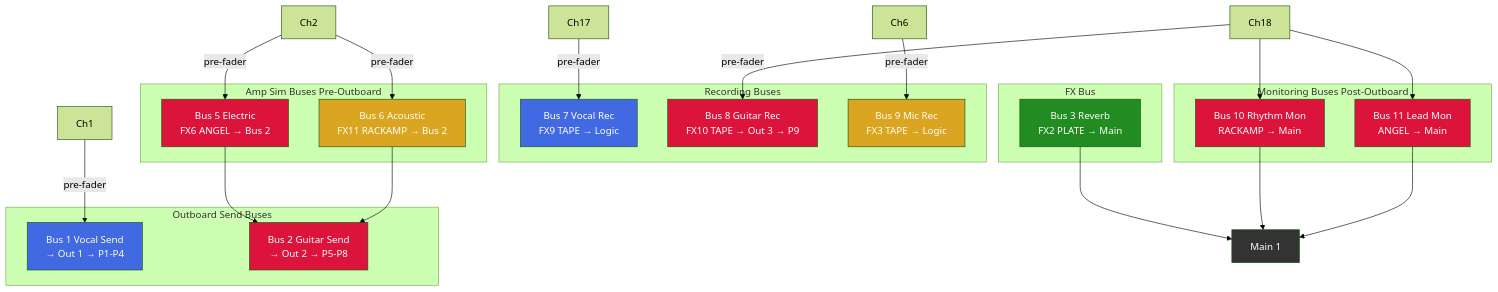
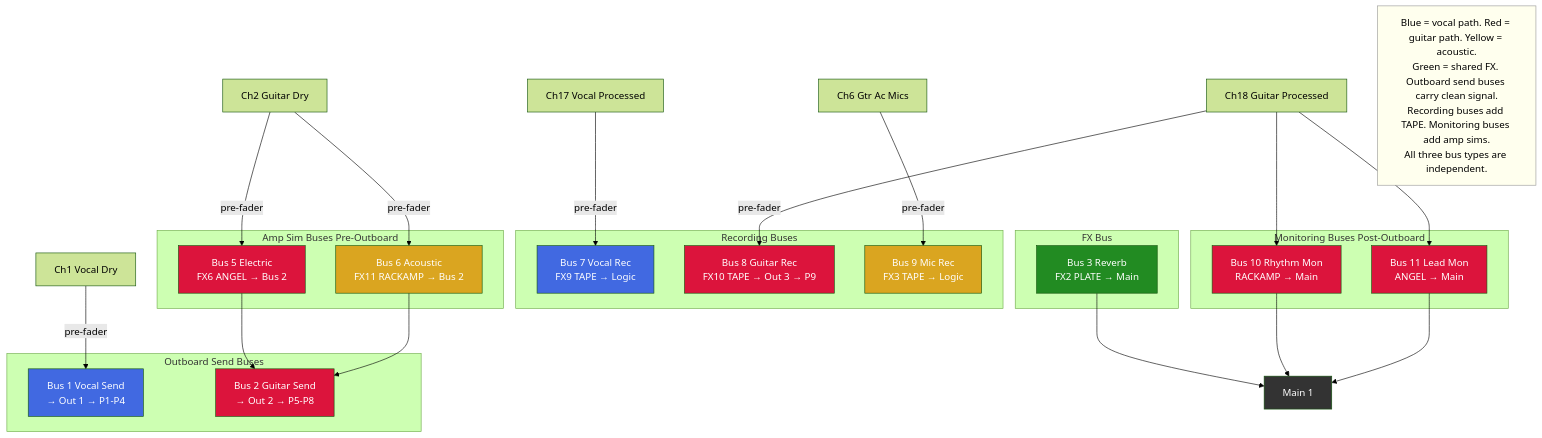
One commit to ldenman/studio-setup changed the seventh of 19 diagrams in docs/diagrams.md. Above: the diagram before and after it, drawn with Mermaid (forest theme). The commit also changed other lines of this file, not shown here.

First line of the commit message:
Add names to all bus/channel references, summary notes on every diagram

````diff
--- a/docs/diagrams.md
+++ b/docs/diagrams.md
@@ -244,55 +258,58 @@
 ```mermaid
 graph TD
     subgraph Outboard Send Buses
         BUS1[Bus 1 Vocal Send<br/>→ Out 1 → P1-P4]
         BUS2[Bus 2 Guitar Send<br/>→ Out 2 → P5-P8]
     end
 
     subgraph Amp Sim Buses Pre-Outboard
         BUS5[Bus 5 Electric<br/>FX6 ANGEL → Bus 2]
         BUS6[Bus 6 Acoustic<br/>FX11 RACKAMP → Bus 2]
     end
 
     subgraph Recording Buses
         BUS7[Bus 7 Vocal Rec<br/>FX9 TAPE → Logic]
         BUS8[Bus 8 Guitar Rec<br/>FX10 TAPE → Out 3 → P9]
         BUS9[Bus 9 Mic Rec<br/>FX3 TAPE → Logic]
     end
 
     subgraph Monitoring Buses Post-Outboard
         BUS10[Bus 10 Rhythm Mon<br/>RACKAMP → Main]
         BUS11[Bus 11 Lead Mon<br/>ANGEL → Main]
     end
 
     subgraph FX Bus
         BUS3[Bus 3 Reverb<br/>FX2 PLATE → Main]
     end
 
-    CH1[Ch1] -->|pre-fader| BUS1
-    CH2[Ch2] -->|pre-fader| BUS5
+    CH1[Ch1 Vocal Dry] -->|pre-fader| BUS1
+    CH2[Ch2 Guitar Dry] -->|pre-fader| BUS5
     CH2 -->|pre-fader| BUS6
     BUS5 --> BUS2
     BUS6 --> BUS2
 
-    CH17[Ch17] -->|pre-fader| BUS7
-    CH18[Ch18] -->|pre-fader| BUS8
+    CH17[Ch17 Vocal Processed] -->|pre-fader| BUS7
+    CH18[Ch18 Guitar Processed] -->|pre-fader| BUS8
     CH18 --> BUS10
     CH18 --> BUS11
-    CH6[Ch6] -->|pre-fader| BUS9
+    CH6[Ch6 Gtr Ac Mics] -->|pre-fader| BUS9
 
     BUS3 --> MAIN[Main 1]
     BUS10 --> MAIN
     BUS11 --> MAIN
+
+    NOTE[Blue = vocal path. Red = guitar path. Yellow = acoustic.<br/>Green = shared FX. Outboard send buses carry clean signal.<br/>Recording buses add TAPE. Monitoring buses add amp sims.<br/>All three bus types are independent.]
 
     style BUS1 fill:#4169E1,color:#fff
     style BUS2 fill:#DC143C,color:#fff
     style BUS5 fill:#DC143C,color:#fff
     style BUS6 fill:#DAA520,color:#fff
     style BUS7 fill:#4169E1,color:#fff
     style BUS8 fill:#DC143C,color:#fff
     style BUS9 fill:#DAA520,color:#fff
     style BUS10 fill:#DC143C,color:#fff
     style BUS11 fill:#DC143C,color:#fff
     style BUS3 fill:#228B22,color:#fff
     style MAIN fill:#333,color:#fff
+    style NOTE fill:#ffe,stroke:#999
 ```
````
